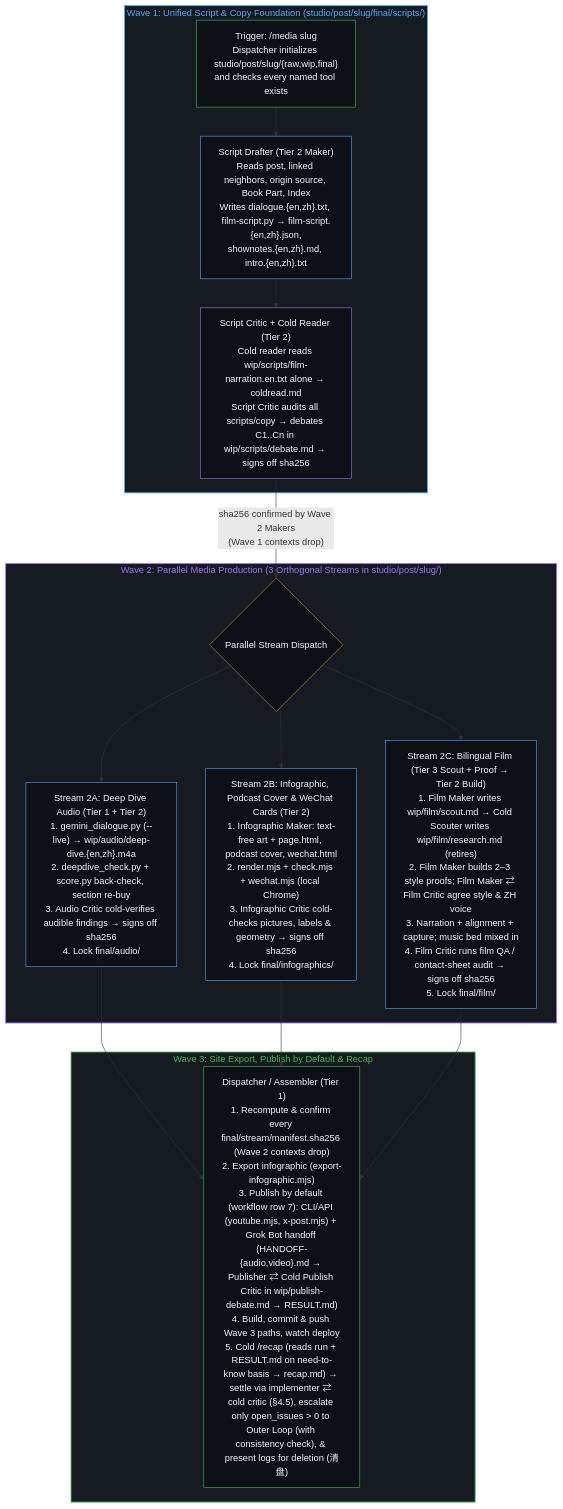
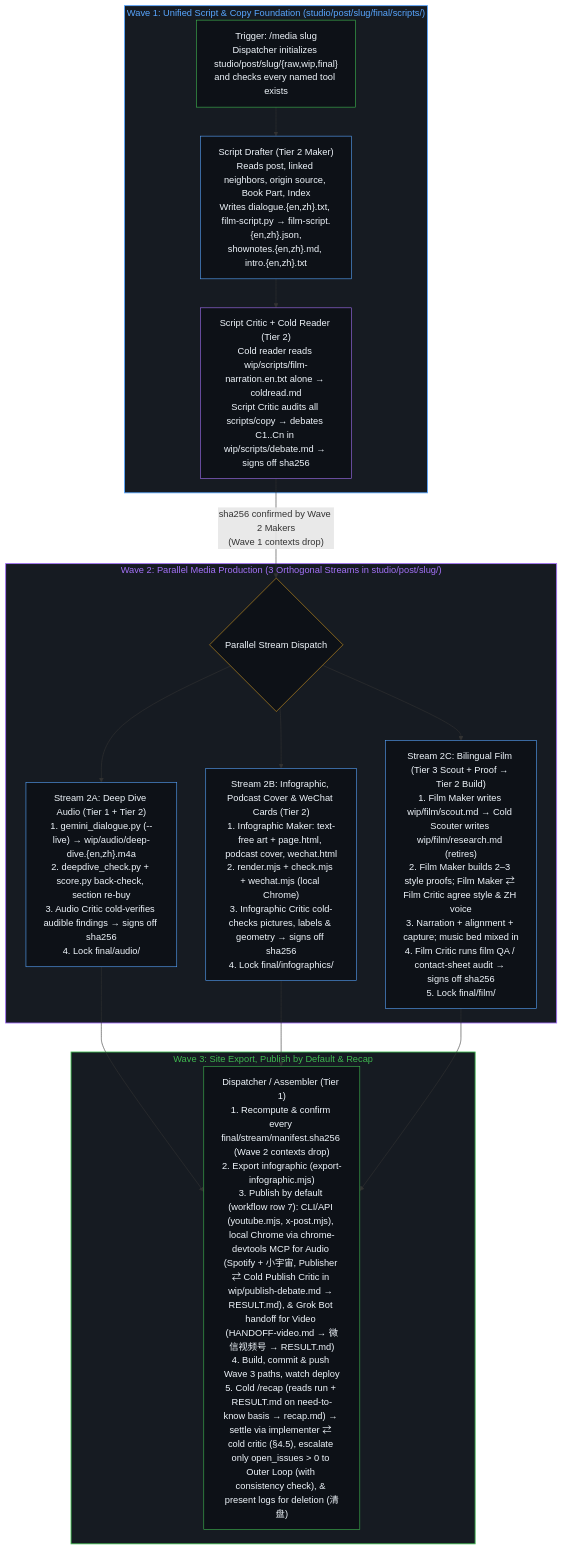
One commit to powerpig99/not-a-toe changed the fourth of 4 diagrams in docs/wave-refinement-plan.md. Above: the diagram before and after it, drawn with Mermaid. The commit also changed other lines of this file and 3 other files, not shown here.

Commit message:
chore(media): drop preserved misread lists, relax STT threshold, and route audio publish via local Chrome

````diff
--- a/docs/wave-refinement-plan.md
+++ b/docs/wave-refinement-plan.md
@@ -608,33 +608,33 @@
 ```mermaid
 flowchart TD
     subgraph S_Wave1["Wave 1: Unified Script & Copy Foundation (studio/post/slug/final/scripts/)"]
         M0["Trigger: /media slug<br/>Dispatcher initializes studio/post/slug/{raw,wip,final}<br/>and checks every named tool exists"] --> SD["Script Drafter (Tier 2 Maker)<br/>Reads post, linked neighbors, origin source, Book Part, Index<br/>Writes dialogue.{en,zh}.txt, film-script.py → film-script.{en,zh}.json,<br/>shownotes.{en,zh}.md, intro.{en,zh}.txt"]
         SD --> SC["Script Critic + Cold Reader (Tier 2)<br/>Cold reader reads wip/scripts/film-narration.en.txt alone → coldread.md<br/>Script Critic audits all scripts/copy → debates C1..Cn in wip/scripts/debate.md → signs off sha256"]
     end
 
     subgraph S_Wave2["Wave 2: Parallel Media Production (3 Orthogonal Streams in studio/post/slug/)"]
         SC -->|"sha256 confirmed by Wave 2 Makers<br/>(Wave 1 contexts drop)"| Fork{"Parallel Stream Dispatch"}
 
         Fork --> AB["Stream 2A: Deep Dive Audio (Tier 1 + Tier 2)<br/>1. gemini_dialogue.py (--live) → wip/audio/deep-dive.{en,zh}.m4a<br/>2. deepdive_check.py + score.py back-check, section re-buy<br/>3. Audio Critic cold-verifies audible findings → signs off sha256<br/>4. Lock final/audio/"]
 
         Fork --> IB["Stream 2B: Infographic, Podcast Cover & WeChat Cards (Tier 2)<br/>1. Infographic Maker: text-free art + page.html, podcast cover, wechat.html<br/>2. render.mjs + check.mjs + wechat.mjs (local Chrome)<br/>3. Infographic Critic cold-checks pictures, labels & geometry → signs off sha256<br/>4. Lock final/infographics/"]
 
         Fork --> FB["Stream 2C: Bilingual Film (Tier 3 Scout + Proof → Tier 2 Build)<br/>1. Film Maker writes wip/film/scout.md → Cold Scouter writes wip/film/research.md (retires)<br/>2. Film Maker builds 2–3 style proofs; Film Maker ⇄ Film Critic agree style & ZH voice<br/>3. Narration + alignment + capture; music bed mixed in<br/>4. Film Critic runs film QA / contact-sheet audit → signs off sha256<br/>5. Lock final/film/"]
     end
 
     subgraph S_Wave3["Wave 3: Site Export, Publish by Default & Recap"]
-        AB & IB & FB --> DA["Dispatcher / Assembler (Tier 1)<br/>1. Recompute & confirm every final/stream/manifest.sha256 (Wave 2 contexts drop)<br/>2. Export infographic (export-infographic.mjs)<br/>3. Publish by default (workflow row 7): CLI/API (youtube.mjs, x-post.mjs) + Grok Bot handoff (HANDOFF-{audio,video}.md → Publisher ⇄ Cold Publish Critic in wip/publish-debate.md → RESULT.md)<br/>4. Build, commit & push Wave 3 paths, watch deploy<br/>5. Cold /recap (reads run + RESULT.md on need-to-know basis → recap.md) → settle via implementer ⇄ cold critic (§4.5), escalate only open_issues > 0 to Outer Loop (with consistency check), & present logs for deletion (清盘)"]
+        AB & IB & FB --> DA["Dispatcher / Assembler (Tier 1)<br/>1. Recompute & confirm every final/stream/manifest.sha256 (Wave 2 contexts drop)<br/>2. Export infographic (export-infographic.mjs)<br/>3. Publish by default (workflow row 7): CLI/API (youtube.mjs, x-post.mjs), local Chrome via chrome-devtools MCP for Audio (Spotify + 小宇宙, Publisher ⇄ Cold Publish Critic in wip/publish-debate.md → RESULT.md), & Grok Bot handoff for Video (HANDOFF-video.md → 微信视频号 → RESULT.md)<br/>4. Build, commit & push Wave 3 paths, watch deploy<br/>5. Cold /recap (reads run + RESULT.md on need-to-know basis → recap.md) → settle via implementer ⇄ cold critic (§4.5), escalate only open_issues > 0 to Outer Loop (with consistency check), & present logs for deletion (清盘)"]
     end
 
     style S_Wave1 fill:#161b22,stroke:#58a6ff,stroke-width:1.5px,color:#58a6ff
     style S_Wave2 fill:#161b22,stroke:#a371f7,stroke-width:1.5px,color:#a371f7
     style S_Wave3 fill:#161b22,stroke:#3fb950,stroke-width:1.5px,color:#3fb950
     style M0 fill:#0d1117,stroke:#3fb950,stroke-width:1px,color:#f0f6fc
     style SD fill:#0d1117,stroke:#58a6ff,stroke-width:1px,color:#f0f6fc
     style SC fill:#0d1117,stroke:#a371f7,stroke-width:1px,color:#f0f6fc
     style Fork fill:#0d1117,stroke:#d29922,stroke-width:1px,color:#f0f6fc
     style AB fill:#0d1117,stroke:#58a6ff,stroke-width:1px,color:#f0f6fc
     style IB fill:#0d1117,stroke:#58a6ff,stroke-width:1px,color:#f0f6fc
     style FB fill:#0d1117,stroke:#58a6ff,stroke-width:1px,color:#f0f6fc
     style DA fill:#0d1117,stroke:#3fb950,stroke-width:1px,color:#f0f6fc
 ```
````
